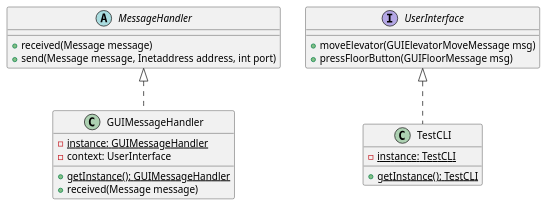
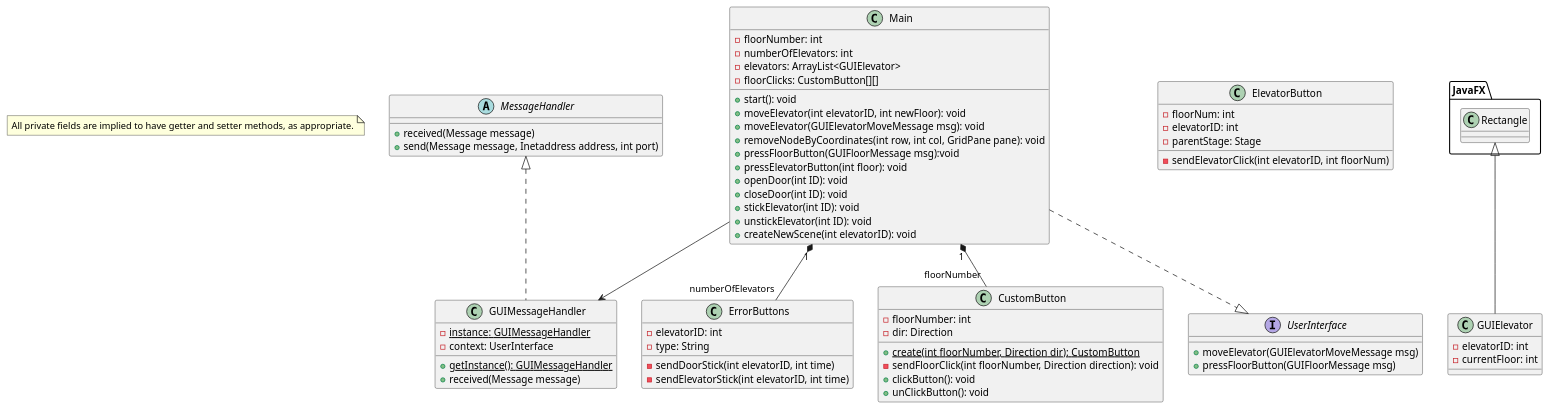
The diagram in doc/diagrams/ClassDiagrams/UIClassDiagram.puml (JoshuaSFryer/3303-L4G5), drawn with PlantUML before and after one commit. The commit also changed 1 other file, not shown here.

Commit message:
Update GUI class diagram

```diff
--- a/doc/diagrams/ClassDiagrams/UIClassDiagram.puml
+++ b/doc/diagrams/ClassDiagrams/UIClassDiagram.puml
@@ -1,31 +1,81 @@
 @startuml
+
+note "All private fields are implied to have getter and setter methods, as appropriate." as N1
 
 abstract class MessageHandler {
     +received(Message message)
     +send(Message message, Inetaddress address, int port)
 }
 
 class GUIMessageHandler {
     -{static} instance: GUIMessageHandler
     -context: UserInterface
 
     +{static} getInstance(): GUIMessageHandler
     +received(Message message)
 }
 
-class TestCLI {
-    -{static} instance: TestCLI
+class Main {
+    -floorNumber: int
+    -numberOfElevators: int
+    -elevators: ArrayList<GUIElevator>
+    -floorClicks: CustomButton[][]
 
-    +{static} getInstance(): TestCLI
+    +start(): void
+    +moveElevator(int elevatorID, int newFloor): void
+    +moveElevator(GUIElevatorMoveMessage msg): void
+    +removeNodeByCoordinates(int row, int col, GridPane pane): void
+    +pressFloorButton(GUIFloorMessage msg):void
+    +pressElevatorButton(int floor): void 
+    +openDoor(int ID): void
+    +closeDoor(int ID): void
+    +stickElevator(int ID): void
+    +unstickElevator(int ID): void
+    +createNewScene(int elevatorID): void
 }
+
+class ErrorButtons {
+    -elevatorID: int
+    -type: String
+
+    -sendDoorStick(int elevatorID, int time)
+    -sendElevatorStick(int elevatorID, int time)
+}
+
+class CustomButton {
+    -floorNumber: int
+    -dir: Direction
+
+    + {static} create(int floorNumber, Direction dir): CustomButton
+    - sendFloorClick(int floorNumber, Direction direction): void
+    + clickButton(): void
+    + unClickButton(): void
+}
+
+class ElevatorButton {
+    -floorNum: int
+    -elevatorID: int
+    -parentStage: Stage
+
+    -sendElevatorClick(int elevatorID, int floorNum)
+}
+
+class GUIElevator {
+    -elevatorID: int
+    -currentFloor: int
+}
+GUIElevator -up-|> JavaFX.Rectangle
 
 interface UserInterface {
     +moveElevator(GUIElevatorMoveMessage msg)
     +pressFloorButton(GUIFloorMessage msg)
 }
 
 MessageHandler <|.. GUIMessageHandler
 
-UserInterface <|.. TestCLI
+Main ..|> UserInterface
+Main "1" *-- "numberOfElevators" ErrorButtons
+Main "1" *-- "floorNumber" CustomButton
+Main --> GUIMessageHandler
 
 @enduml
```
